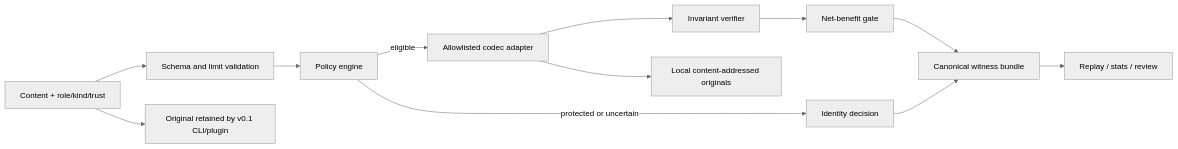
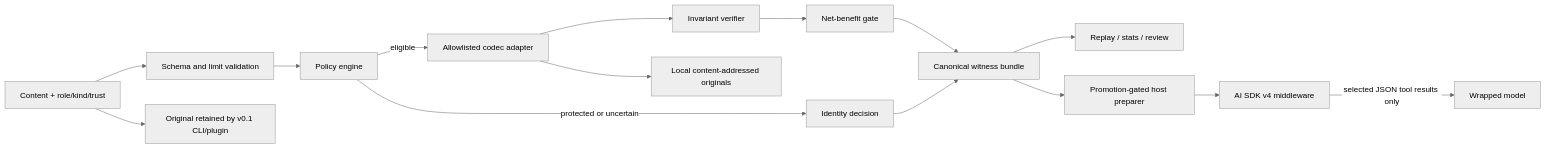
The diagram in README.md (aantenore/semwitness), drawn with Mermaid (neutral theme) before and after one commit. The commit also changed other lines of this file and 2 other files, not shown here.

````diff
--- a/README.md
+++ b/README.md
@@ -36,14 +37,17 @@
 ```mermaid
 flowchart LR
     A["Content + role/kind/trust"] --> B["Schema and limit validation"]
     B --> C["Policy engine"]
     C -->|"protected or uncertain"| I["Identity decision"]
     C -->|"eligible"| D["Allowlisted codec adapter"]
     D --> E["Invariant verifier"]
     E --> F["Net-benefit gate"]
     F --> G["Canonical witness bundle"]
     D --> H["Local content-addressed originals"]
     I --> G
     G --> J["Replay / stats / review"]
     A --> K["Original retained by v0.1 CLI/plugin"]
+    G --> L["Promotion-gated host preparer"]
+    L --> M["AI SDK v4 middleware"]
+    M -->|"selected JSON tool results only"| N["Wrapped model"]
 ```
````
